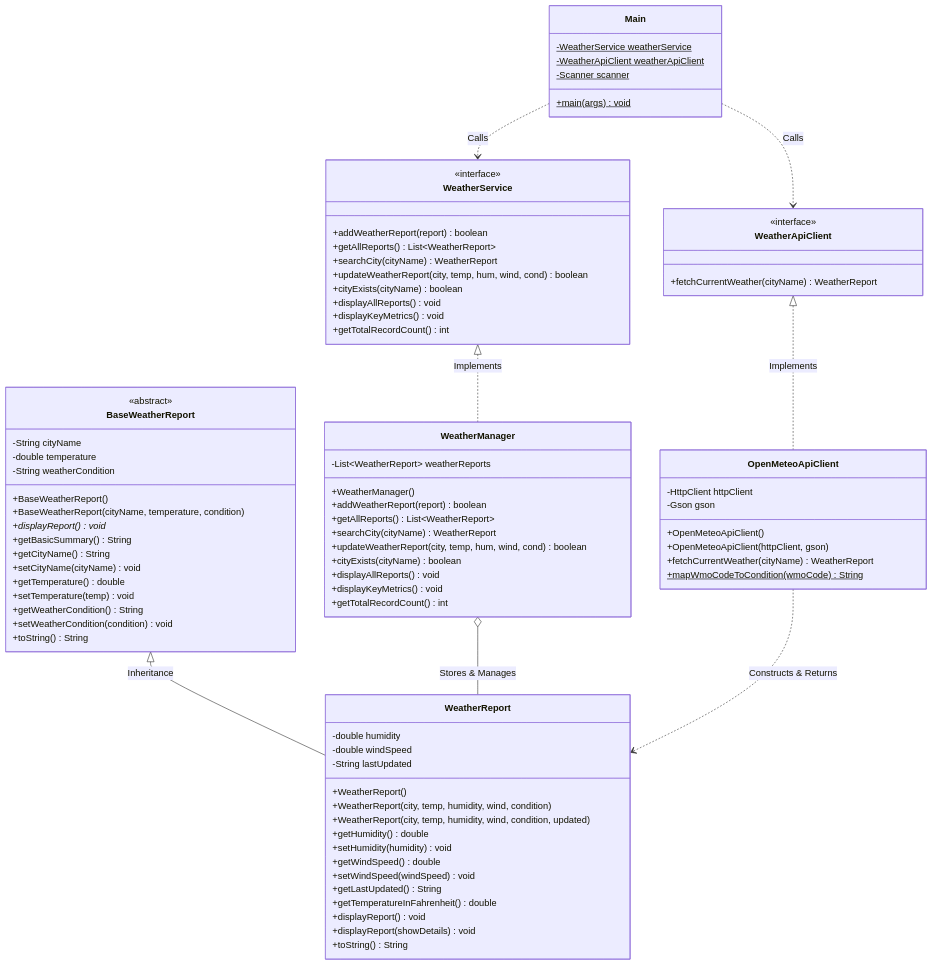
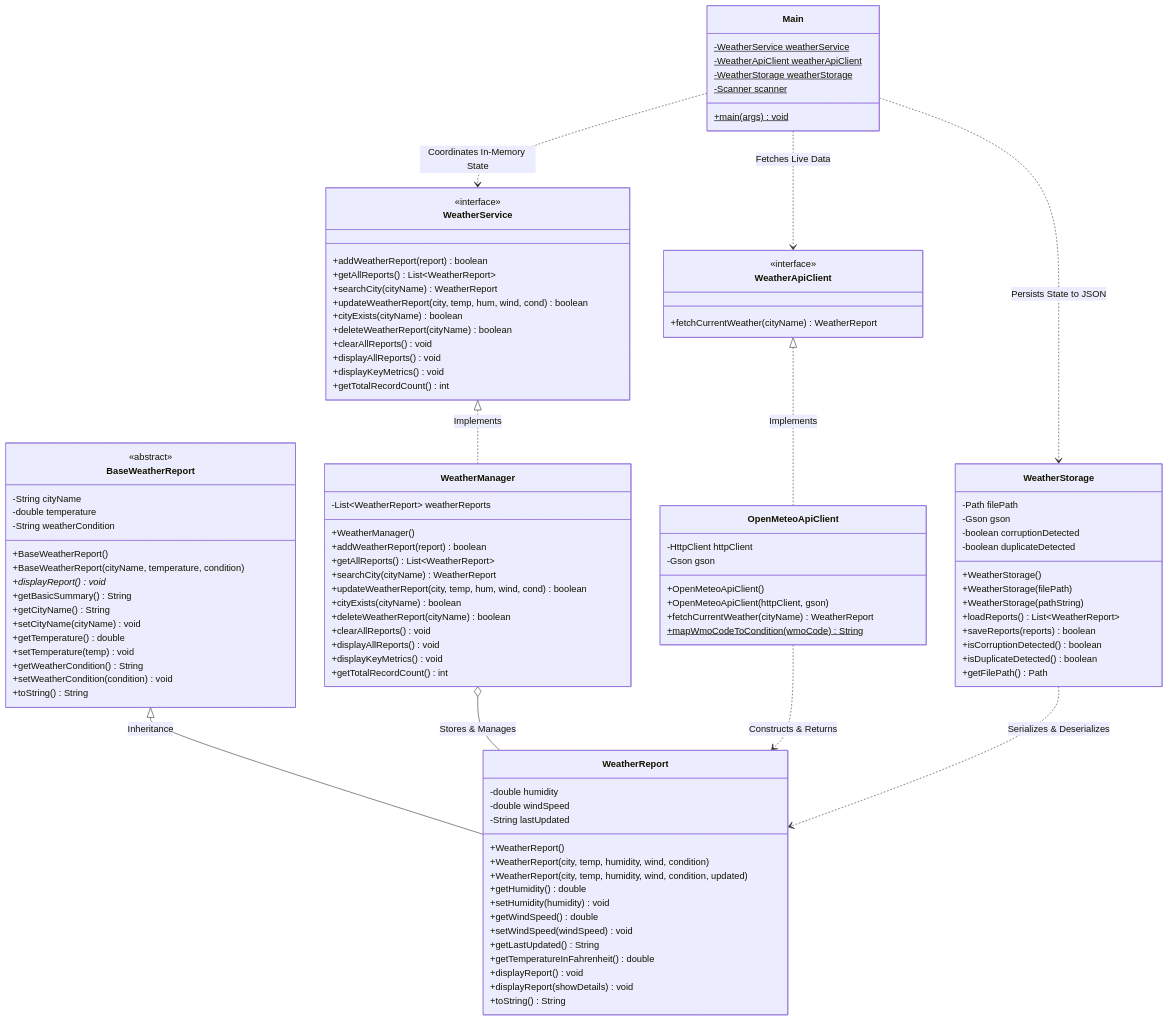
One commit to rtxreo3060/WeatherReportSystem changed the diagram in README.md. Above: the diagram before and after it, drawn with Mermaid. The commit also changed other lines of this file and 4 other files, not shown here.

````diff
--- a/README.md
+++ b/README.md
@@ -173,6 +192,8 @@
         +searchCity(cityName) WeatherReport
         +updateWeatherReport(city, temp, hum, wind, cond) boolean
         +cityExists(cityName) boolean
+        +deleteWeatherReport(cityName) boolean
+        +clearAllReports() void
         +displayAllReports() void
         +displayKeyMetrics() void
         +getTotalRecordCount() int
@@ -186,6 +207,8 @@
         +searchCity(cityName) WeatherReport
         +updateWeatherReport(city, temp, hum, wind, cond) boolean
         +cityExists(cityName) boolean
+        +deleteWeatherReport(cityName) boolean
+        +clearAllReports() void
         +displayAllReports() void
         +displayKeyMetrics() void
         +getTotalRecordCount() int
@@ -205,9 +228,25 @@
         +mapWmoCodeToCondition(wmoCode)$ String
     }
 
+    class WeatherStorage {
+        -Path filePath
+        -Gson gson
+        -boolean corruptionDetected
+        -boolean duplicateDetected
+        +WeatherStorage()
+        +WeatherStorage(filePath)
+        +WeatherStorage(pathString)
+        +loadReports() List~WeatherReport~
+        +saveReports(reports) boolean
+        +isCorruptionDetected() boolean
+        +isDuplicateDetected() boolean
+        +getFilePath() Path
+    }
+
     class Main {
         -WeatherService weatherService$
         -WeatherApiClient weatherApiClient$
+        -WeatherStorage weatherStorage$
         -Scanner scanner$
         +main(args)$ void
     }
@@ -217,6 +256,8 @@
     WeatherApiClient <|.. OpenMeteoApiClient : Implements
     WeatherManager o-- WeatherReport : Stores & Manages
     OpenMeteoApiClient ..> WeatherReport : Constructs & Returns
-    Main ..> WeatherService : Calls
-    Main ..> WeatherApiClient : Calls
+    WeatherStorage ..> WeatherReport : Serializes & Deserializes
+    Main ..> WeatherService : Coordinates In-Memory State
+    Main ..> WeatherApiClient : Fetches Live Data
+    Main ..> WeatherStorage : Persists State to JSON
 ```
````
